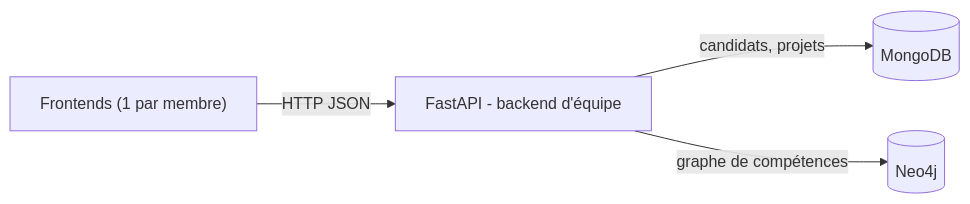
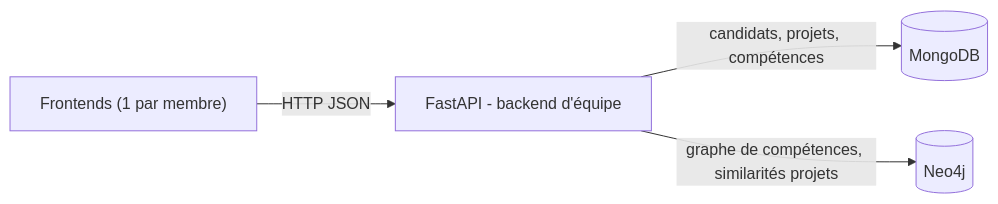
Before and after one commit to LucieEsigelec/portfolio_lucie: the first of 2 diagrams in ARCHITECTURE.md, drawn with Mermaid. The commit also changed other lines of this file and 1 other file, not shown here.

````diff
--- a/ARCHITECTURE.md
+++ b/ARCHITECTURE.md
@@ -18,7 +18,7 @@
 ```mermaid
 flowchart LR
     F["Frontends (1 par membre)"] -->|HTTP JSON| API["FastAPI - backend d'équipe"]
-    API -->|"candidats, projets"| M[("MongoDB")]
-    API -->|"graphe de compétences"| N[("Neo4j")]
+    API -->|"candidats, projets, compétences"| M[("MongoDB")]
+    API -->|"graphe de compétences, similarités projets"| N[("Neo4j")]
     %% TODO : complétez / corrigez ce schéma selon VOS choix
 ```
````
